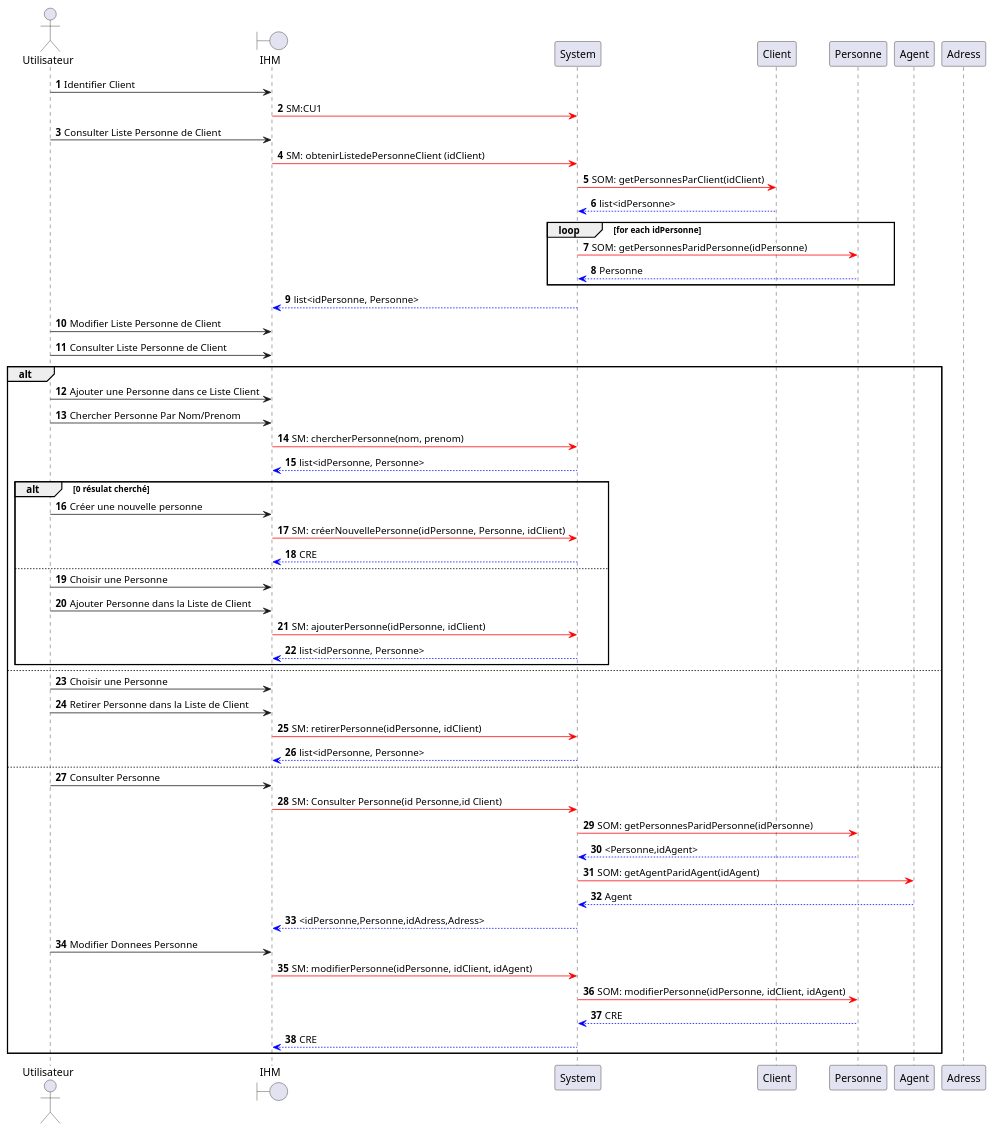
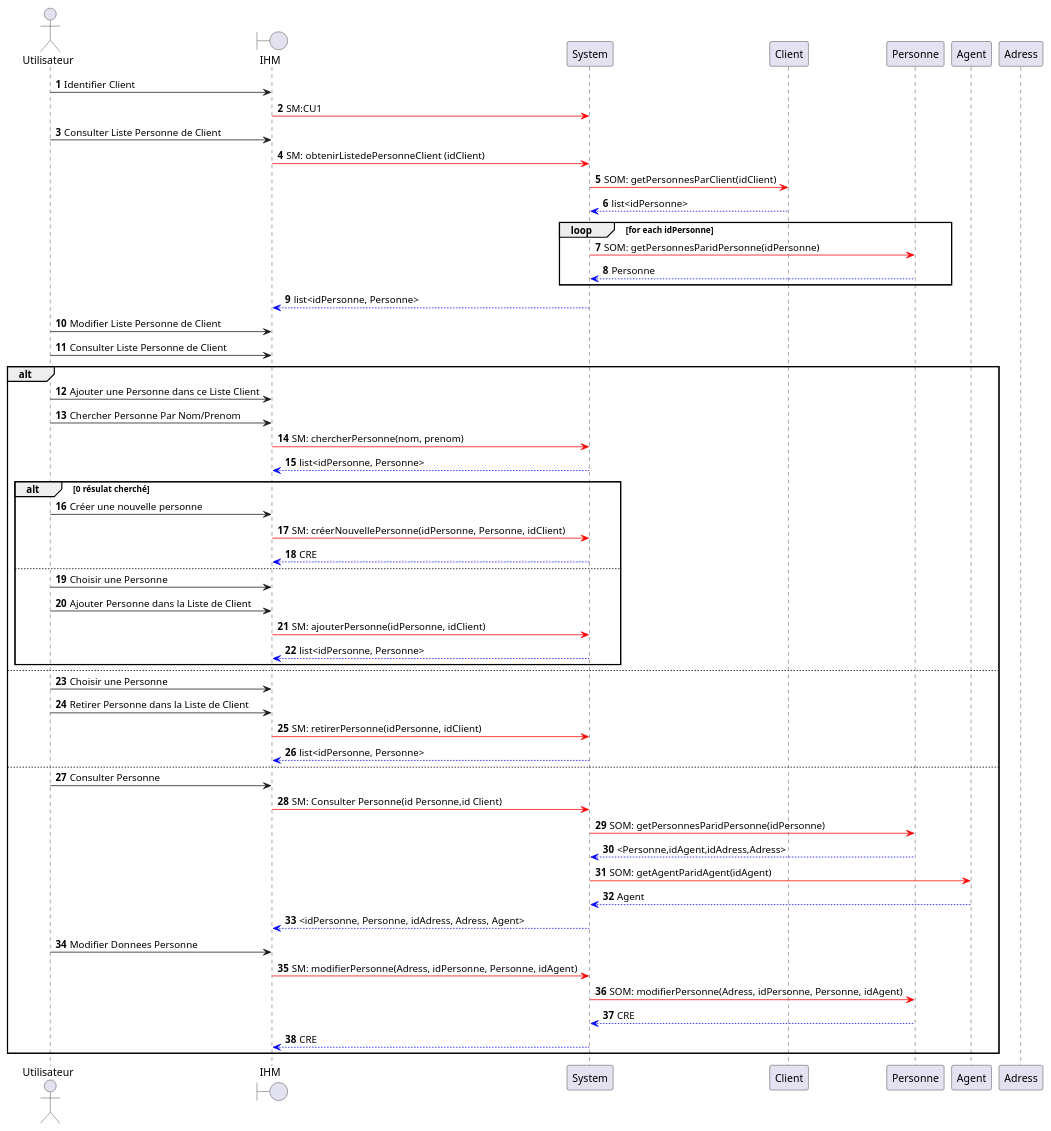
Before and after one commit to HZjiadong/PLD-MARS: the diagram in src/documentation/CU2-DSS.puml, drawn with PlantUML.

Commit message:
doc(CU2-DSS): DSD CU2 51%

```diff
--- a/src/documentation/CU2-DSS.puml
+++ b/src/documentation/CU2-DSS.puml
@@ -1,70 +1,69 @@
 @startuml
 
 actor Utilisateur as U
 boundary IHM as I
 participant System as S
 participant Client as C
 participant Personne as P
 participant Agent as A
 participant Adress as Ad
 '在personne和agent之间添加一个association 来储存最后一个modifier/ajouter 的agent的Id
 autonumber
 
 U->I: Identifier Client
     I-[#red]>S: SM:CU1
 
 U->I: Consulter Liste Personne de Client
     I-[#red]>S: SM: obtenirListedePersonneClient (idClient)
         S-[#red]>C: SOM: getPersonnesParClient(idClient)
         C-[#0000FF]->S: list<idPersonne>
         loop for each idPersonne
         S-[#red]>P: SOM: getPersonnesParidPersonne(idPersonne)
         P-[#0000FF]->S: Personne
         end
 
     S-[#0000FF]->I: list<idPersonne, Personne>
 
 
 U->I: Modifier Liste Personne de Client
 U->I: Consulter Liste Personne de Client
 alt
     U->I: Ajouter une Personne dans ce Liste Client
 
     U->I: Chercher Personne Par Nom/Prenom
         I-[#red]>S: SM: chercherPersonne(nom, prenom)
         S-[#0000FF]->I: list<idPersonne, Personne>
     alt  0 résulat cherché
     U->I: Créer une nouvelle personne
             I-[#red]>S: SM: créerNouvellePersonne(idPersonne, Personne, idClient)
             S-[#0000FF]->I: CRE
     else
     U->I: Choisir une Personne
 
     U->I: Ajouter Personne dans la Liste de Client
         I-[#red]>S: SM: ajouterPersonne(idPersonne, idClient)
         S-[#0000FF]->I: list<idPersonne, Personne>
     end
 else
     U->I: Choisir une Personne
     U->I: Retirer Personne dans la Liste de Client
         I-[#red]>S: SM: retirerPersonne(idPersonne, idClient)
         S-[#0000FF]->I: list<idPersonne, Personne>
 else
     U->I: Consulter Personne
         I-[#red]>S: SM: Consulter Personne(id Personne,id Client)
             S-[#red]>P: SOM: getPersonnesParidPersonne(idPersonne)
-            P-[#0000FF]->S: <Personne,idAgent>
+            P-[#0000FF]->S: <Personne,idAgent,idAdress,Adress>
             S-[#red]>A: SOM: getAgentParidAgent(idAgent)
             A-[#0000FF]->S: Agent
-
-        S-[#0000FF]->I: <idPersonne,Personne,idAdress,Adress>
+        S-[#0000FF]->I: <idPersonne, Personne, idAdress, Adress, Agent>
     U->I: Modifier Donnees Personne
-        I-[#red]>S: SM: modifierPersonne(idPersonne, idClient, idAgent)
-            S-[#red]>P: SOM: modifierPersonne(idPersonne, idClient, idAgent)
+        I-[#red]>S: SM: modifierPersonne(Adress, idPersonne, Personne, idAgent)
+            S-[#red]>P: SOM: modifierPersonne(Adress, idPersonne, Personne, idAgent)
             P-[#0000FF]->S: CRE
         S-[#0000FF]->I: CRE
 end
 
 
 
 @enduml
```
